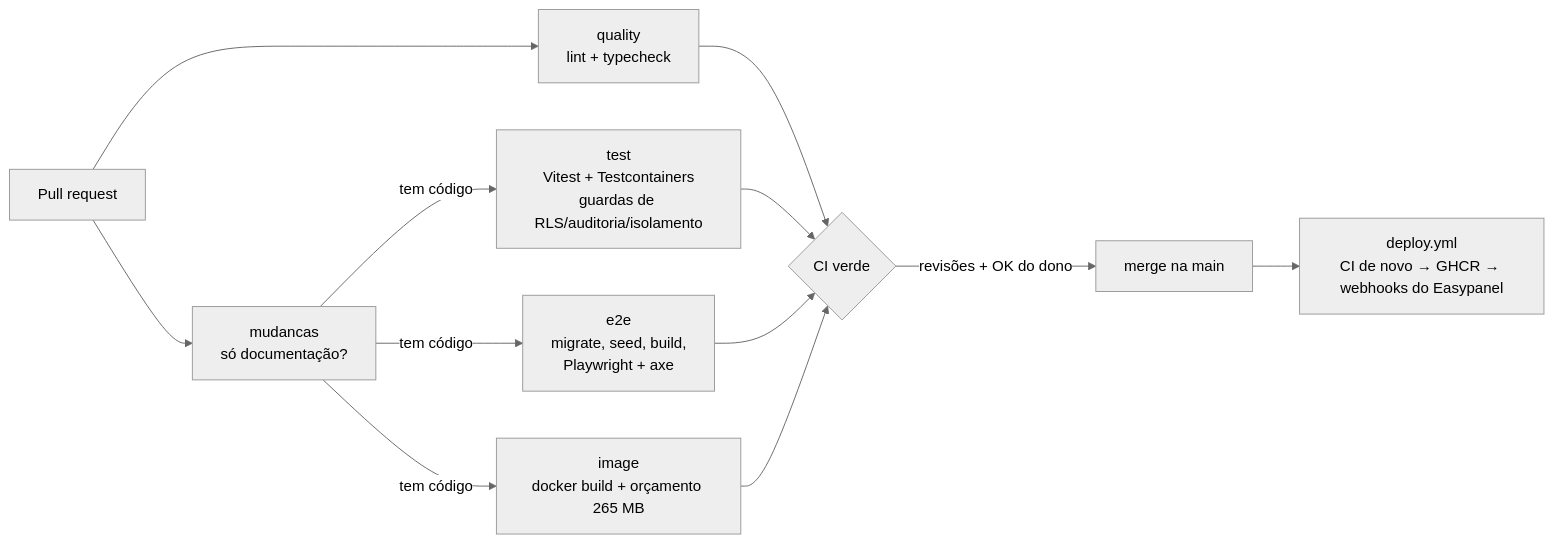
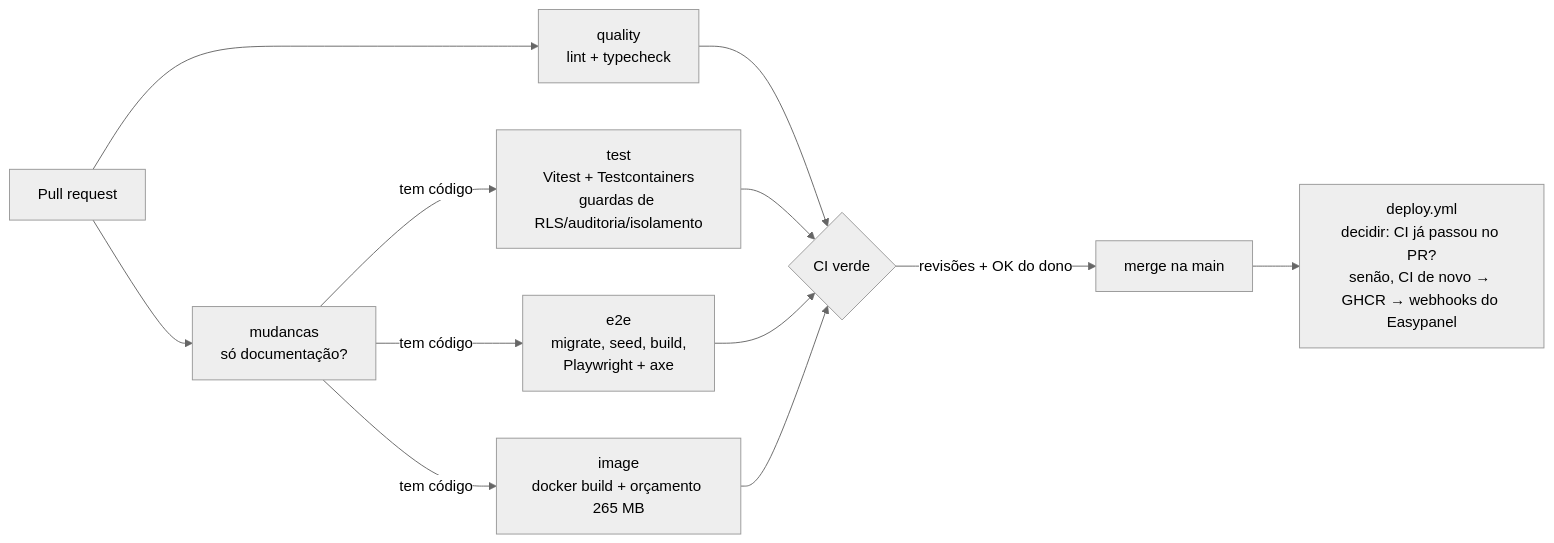
The first of 5 diagrams in docs/manual-tecnico/07-testes-qualidade-e-processo.md (fabianojp06/nutridebby), drawn with Mermaid (neutral theme) before and after one commit. The commit also changed other lines of this file and 6 other files, not shown here.

First line of the commit message:
ci(deploy): não repete o CI que o PR já passou na mesma árvore

````diff
--- a/docs/manual-tecnico/07-testes-qualidade-e-processo.md
+++ b/docs/manual-tecnico/07-testes-qualidade-e-processo.md
@@ -29,11 +29,11 @@
 ```mermaid
 flowchart LR
   PR[Pull request] --> Q[quality<br/>lint + typecheck]
   PR --> MU[mudancas<br/>só documentação?]
   MU -->|tem código| T[test<br/>Vitest + Testcontainers<br/>guardas de RLS/auditoria/isolamento]
   MU -->|tem código| E[e2e<br/>migrate, seed, build,<br/>Playwright + axe]
   MU -->|tem código| I[image<br/>docker build + orçamento 265 MB]
   Q & T & E & I --> V{CI verde}
   V -->|revisões + OK do dono| M[merge na main]
-  M --> D[deploy.yml<br/>CI de novo → GHCR → webhooks do Easypanel]
+  M --> D[deploy.yml<br/>decidir: CI já passou no PR?<br/>senão, CI de novo → GHCR → webhooks do Easypanel]
 ```
````
